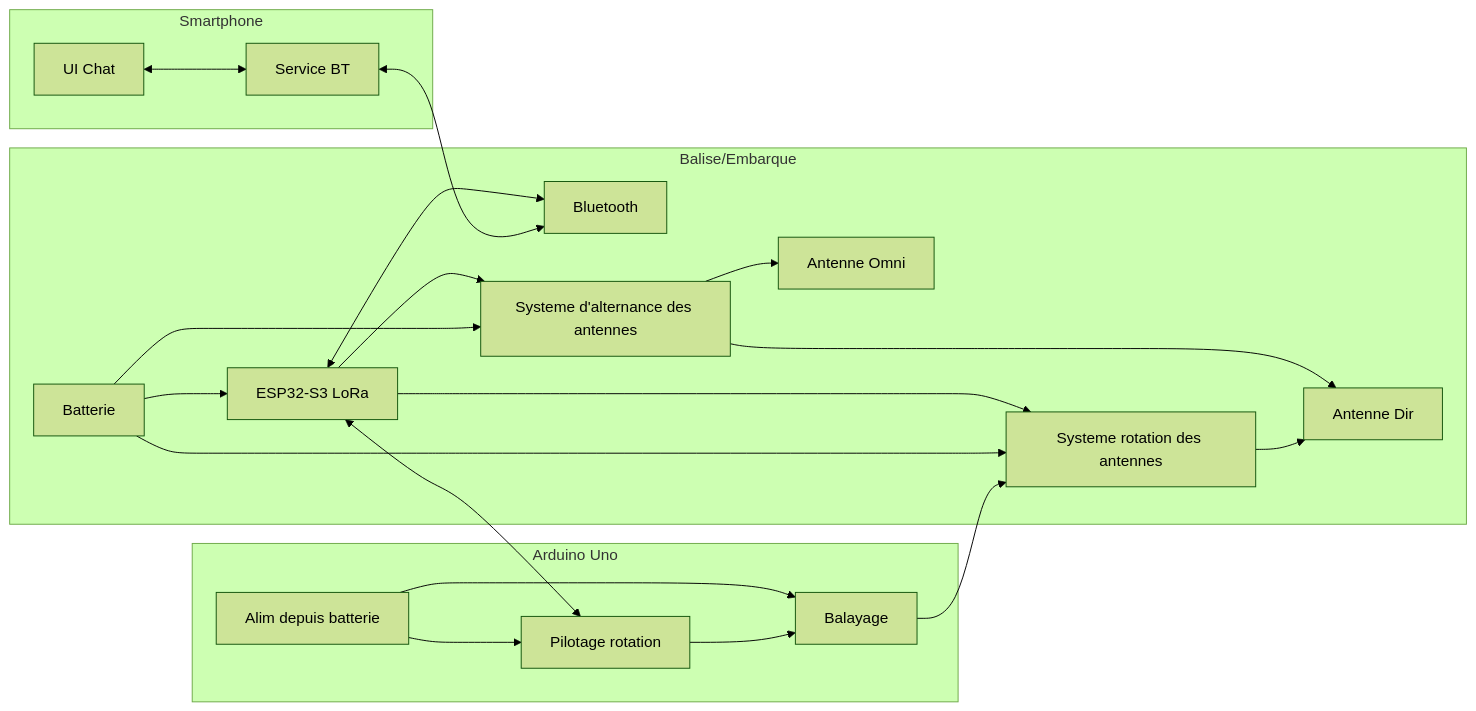
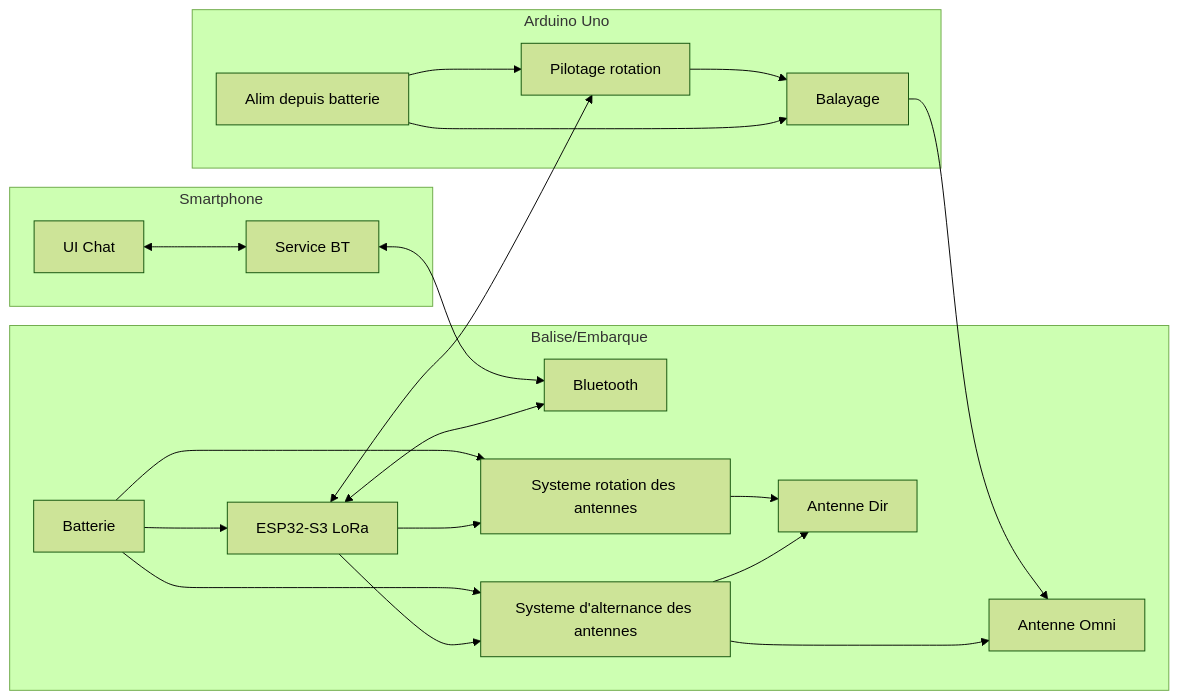
The fifth of 6 diagrams in Diagrammes_SysML_Projet_LoRa.md (SHU445/Projet-LoRa-72h), drawn with Mermaid (forest theme) before and after one commit.

Commit message:
modif IBD

````diff
--- a/Diagrammes_SysML_Projet_LoRa.md
+++ b/Diagrammes_SysML_Projet_LoRa.md
@@ -179,40 +179,40 @@
 ```mermaid
 flowchart LR
     subgraph S[Smartphone]
         UI[UI Chat]
         SVC[Service BT]
         UI <--> SVC
     end
 
     subgraph B[Balise/Embarque]
         ESP[ESP32-S3 LoRa]
         BT[Bluetooth]
         ALT[Systeme d'alternance des antennes]
         ROT[Systeme rotation des antennes]
         AO[Antenne Omni]
         AD[Antenne Dir]
         BAT[Batterie]
         ESP <--> BT
         ESP --> ALT
         ALT --> AO
         ALT --> AD
         ESP --> ROT
         ROT --> AD
         BAT --> ESP
         BAT --> ALT
         BAT --> ROT
     end
 
     subgraph A[Arduino Uno]
         MOT[Pilotage rotation]
         SCAN[Balayage]
         BAT2[Alim depuis batterie]
         BAT2 --> MOT
         BAT2 --> SCAN
     end
 
     SVC <--> BT
     ESP <--> MOT
     MOT --> SCAN
-    SCAN --> ROT
+    SCAN --> AO
 ```
````
